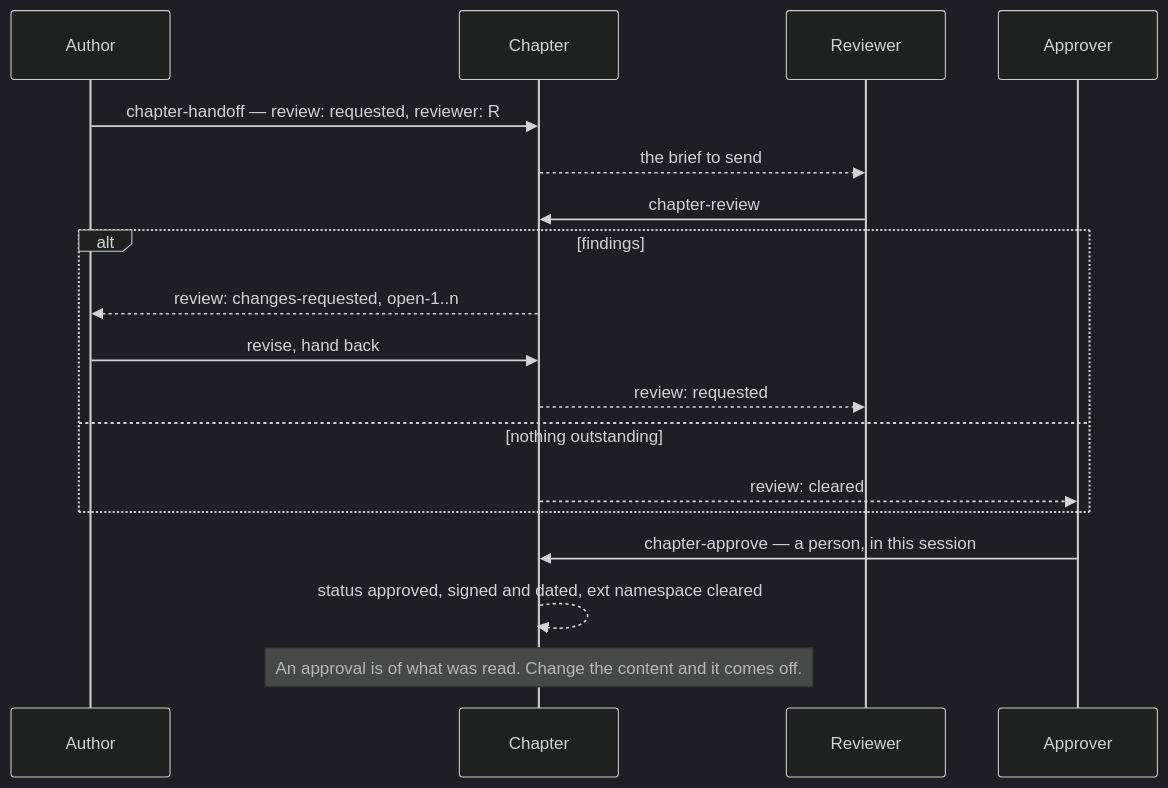
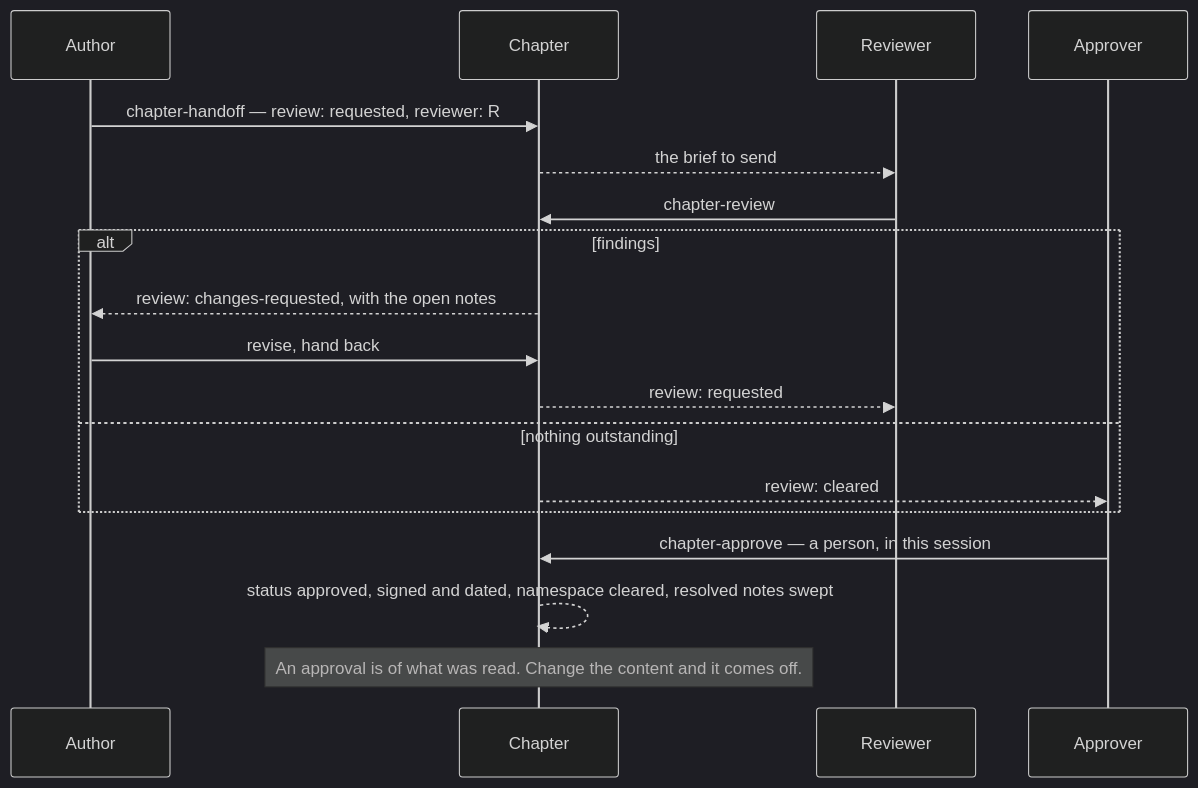
Before and after one commit to JSdotNet/ai-agent-stack: the second of 2 diagrams in .devbook/domain/devbook-collaboration/flow.md, drawn with Mermaid (dark theme). The commit also changed other lines of this file and 9 other files, not shown here.

````diff
--- a/.devbook/domain/devbook-collaboration/flow.md
+++ b/.devbook/domain/devbook-collaboration/flow.md
@@ -46,21 +49,21 @@
 ```mermaid
 sequenceDiagram
     participant A as Author
     participant C as Chapter
     participant R as Reviewer
     participant P as Approver
 
     A->>C: chapter-handoff — review: requested, reviewer: R
     C-->>R: the brief to send
     R->>C: chapter-review
     alt findings
-        C-->>A: review: changes-requested, open-1..n
+        C-->>A: review: changes-requested, with the open notes
         A->>C: revise, hand back
         C-->>R: review: requested
     else nothing outstanding
         C-->>P: review: cleared
     end
     P->>C: chapter-approve — a person, in this session
-    C-->>C: status approved, signed and dated, ext namespace cleared
+    C-->>C: status approved, signed and dated, namespace cleared, resolved notes swept
     Note over C: An approval is of what was read. Change the content and it comes off.
 ```
````
